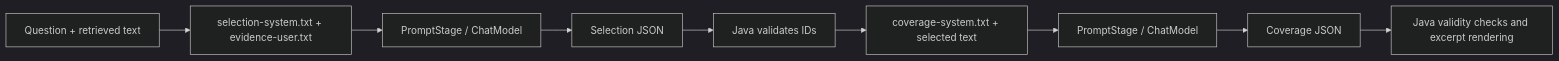
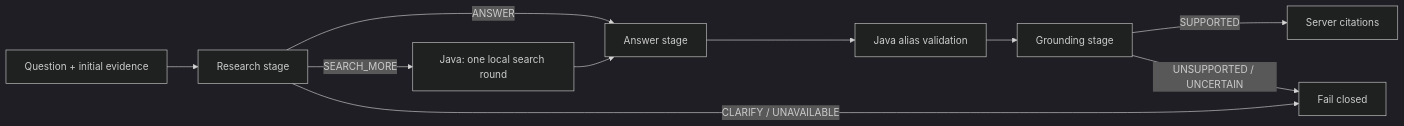
Before and after one commit to arpanc7/aws-tech-support-agent: the diagram in docs/prompt-chains.md, drawn with Mermaid (dark theme). The commit also changed other lines of this file and 34 other files, not shown here.

````diff
--- a/docs/prompt-chains.md
+++ b/docs/prompt-chains.md
@@ -11,11 +7,12 @@
-```mermaid
+~~~mermaid
 flowchart LR
-    Q[Question + retrieved text] --> T[selection-system.txt + evidence-user.txt]
-    T --> S[PromptStage / ChatModel]
-    S --> IDs[Selection JSON]
-    IDs --> J[Java validates IDs]
-    J --> V[coverage-system.txt + selected text]
-    V --> C[PromptStage / ChatModel]
-    C --> Verdict[Coverage JSON]
-    Verdict --> R[Java validity checks and excerpt rendering]
-```
+    Q[Question + initial evidence] --> R[Research stage]
+    R -->|ANSWER| A[Answer stage]
+    R -->|SEARCH_MORE| S[Java: one local search round]
+    S --> A
+    R -->|CLARIFY / UNAVAILABLE| X[Fail closed]
+    A --> J[Java alias validation]
+    J --> G[Grounding stage]
+    G -->|SUPPORTED| C[Server citations]
+    G -->|UNSUPPORTED / UNCERTAIN| X
+~~~
````
